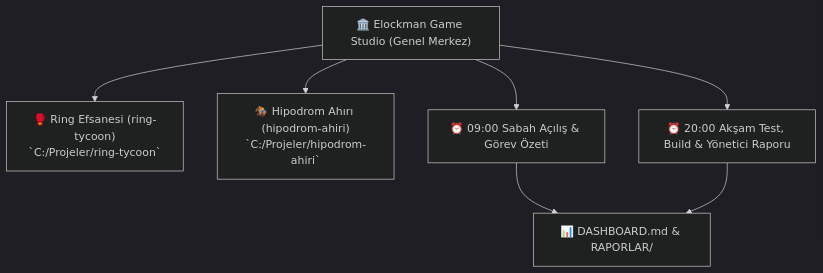
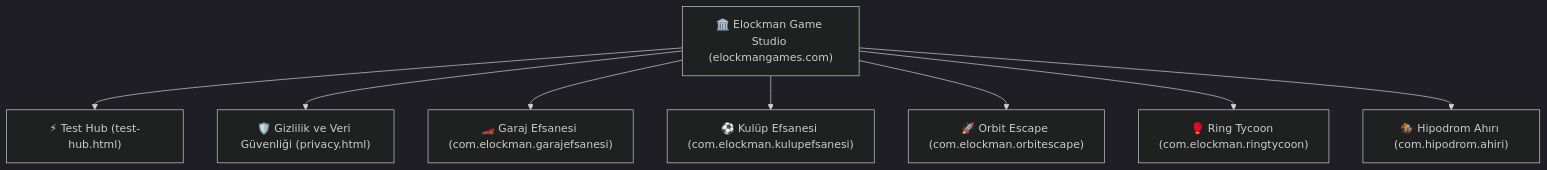
Before and after one commit to Elockman-App/elockman-game-studio: the diagram in README.md, drawn with Mermaid (dark theme). The commit also changed other lines of this file, not shown here.

Commit message:
docs: enrich main studio README with official 5-game portfolio table, badges and architecture

````diff
--- a/README.md
+++ b/README.md
@@ -9,12 +26,13 @@
 ```mermaid
 graph TD
-    HQ["🏛️ Elockman Game Studio (Genel Merkez)"]
-    HQ --> RE["🥊 Ring Efsanesi (ring-tycoon)<br/>`C:/Projeler/ring-tycoon`"]
-    HQ --> HA["🏇 Hipodrom Ahırı (hipodrom-ahiri)<br/>`C:/Projeler/hipodrom-ahiri`"]
-
-    HQ --> AUTO_MORN["⏰ 09:00 Sabah Açılış & Görev Özeti"]
-    HQ --> AUTO_EVE["⏰ 20:00 Akşam Test, Build & Yönetici Raporu"]
-
-    AUTO_MORN --> DASH["📊 DASHBOARD.md & RAPORLAR/"]
-    AUTO_EVE --> DASH
+    HQ["🏛️ Elockman Game Studio (elockmangames.com)"]
+    
+    HQ --> TH["⚡ Test Hub (test-hub.html)"]
+    HQ --> PRIV["🛡️ Gizlilik ve Veri Güvenliği (privacy.html)"]
+    
+    HQ --> G1["🏎️ Garaj Efsanesi (com.elockman.garajefsanesi)"]
+    HQ --> G2["⚽ Kulüp Efsanesi (com.elockman.kulupefsanesi)"]
+    HQ --> G3["🚀 Orbit Escape (com.elockman.orbitescape)"]
+    HQ --> G4["🥊 Ring Tycoon (com.elockman.ringtycoon)"]
+    HQ --> G5["🏇 Hipodrom Ahırı (com.hipodrom.ahiri)"]
 ```
````
